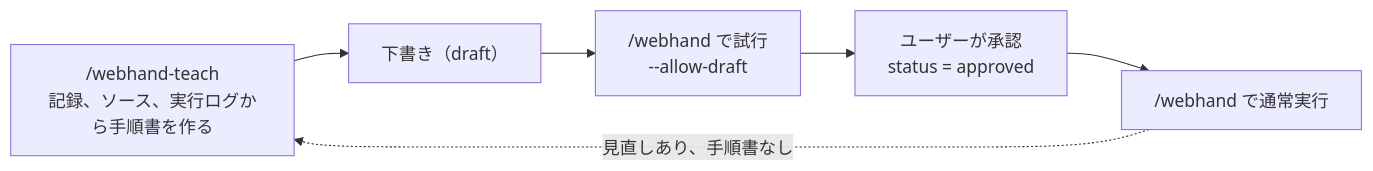
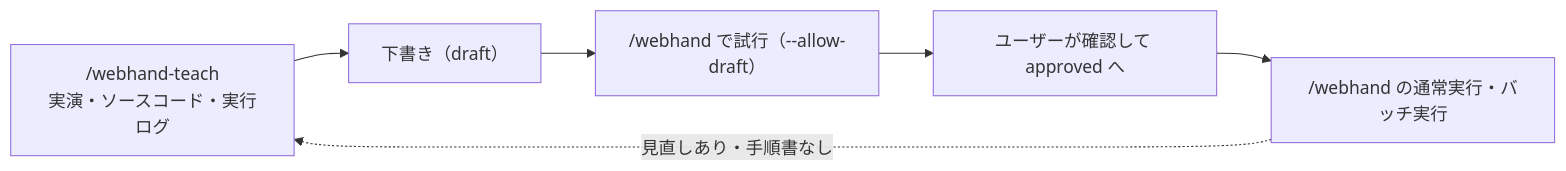
Before and after one commit to sakamoto66/webhand: the first of 2 diagrams in docs/usage.ja.md, drawn with Mermaid. The commit also changed other lines of this file and 24 other files, not shown here.

Commit message:
docs: restructure documentation architecture across docs/ and DEVELOPMENT

````diff
--- a/docs/usage.ja.md
+++ b/docs/usage.ja.md
@@ -73,8 +103,9 @@
 ```mermaid
 flowchart LR
-  L["/webhand-teach<br>記録、ソース、実行ログから手順書を作る"] --> D["下書き（draft）"]
-  D --> T["/webhand で試行<br>--allow-draft"]
-  T --> A["ユーザーが承認<br>status = approved"]
-  A --> R["/webhand で通常実行"]
-  R -.->|見直しあり、手順書なし| L
+  T["/webhand-teach<br/>実演・ソースコード・実行ログ"] --> D["下書き（draft）"]
+  Trial["/webhand で試行（--allow-draft）"]
+  D --> Trial
+  Trial --> App["ユーザーが確認して approved へ"]
+  App --> Run["/webhand の通常実行・バッチ実行"]
+  Run -.->|見直しあり・手順書なし| T
 ```
````
